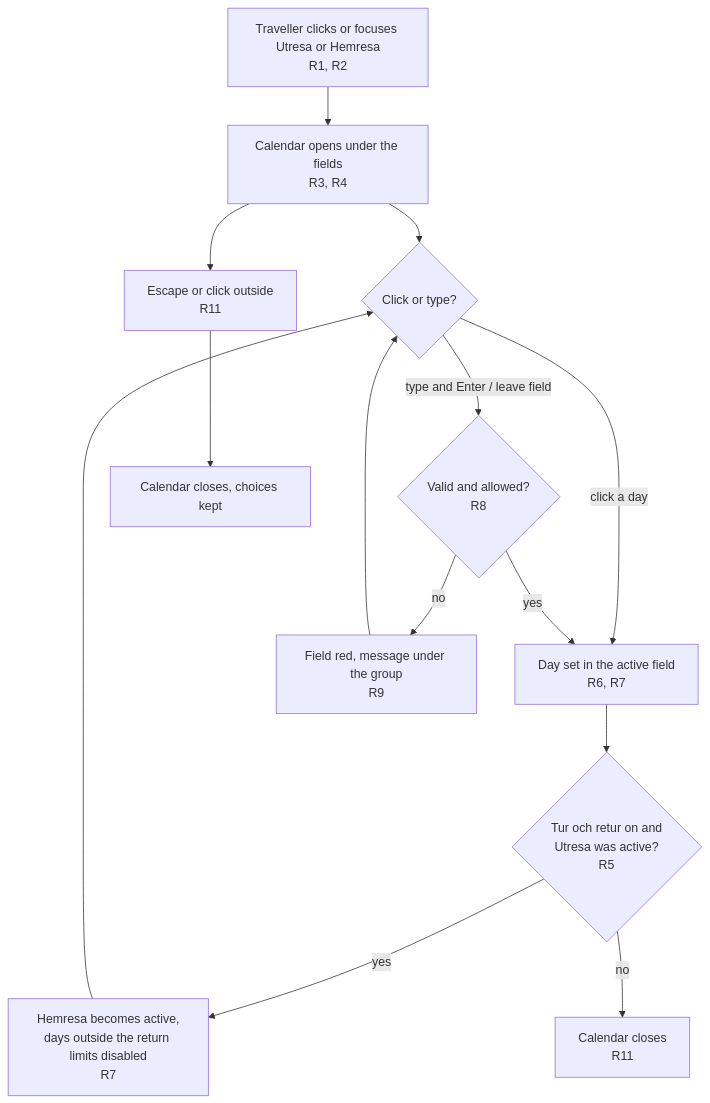
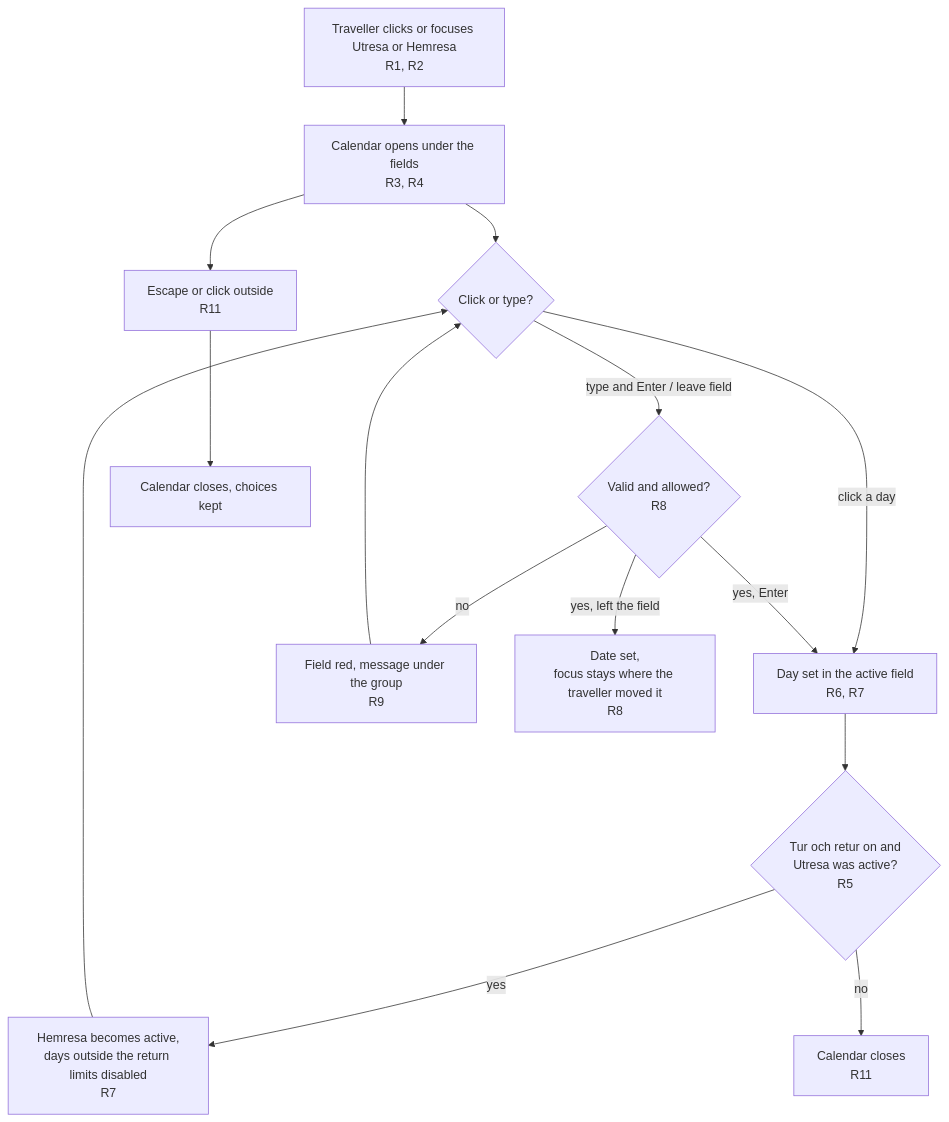
One commit to gustavnymoen/gurrasflyg changed the diagram in specs/TRIP-009-return-trip-datepicker/flow.mmd. Above: the diagram before and after it, drawn with Mermaid. The commit also changed 32 other files, not shown here.

```diff
--- a/specs/TRIP-009-return-trip-datepicker/flow.mmd
+++ b/specs/TRIP-009-return-trip-datepicker/flow.mmd
@@ -1,16 +1,17 @@
 %% TRIP-009 Return trip date picker
 %% How the traveller chooses dates. Steps are labelled with requirement IDs.
 flowchart TD
     A[Traveller clicks or focuses Utresa or Hemresa<br/>R1, R2] --> B[Calendar opens under the fields<br/>R3, R4]
     B --> C{Click or type?}
     C -- click a day --> D[Day set in the active field<br/>R6, R7]
     C -- type and Enter / leave field --> E{Valid and allowed?<br/>R8}
     E -- no --> F[Field red, message under the group<br/>R9]
     F --> C
-    E -- yes --> D
+    E -- yes, Enter --> D
+    E -- yes, left the field --> L[Date set,<br/>focus stays where the traveller moved it<br/>R8]
     D --> G{Tur och retur on and<br/>Utresa was active?<br/>R5}
     G -- yes --> H[Hemresa becomes active,<br/>days outside the return limits disabled<br/>R7]
     H --> C
     G -- no --> I[Calendar closes<br/>R11]
     B --> J[Escape or click outside<br/>R11]
     J --> K[Calendar closes, choices kept]
```
